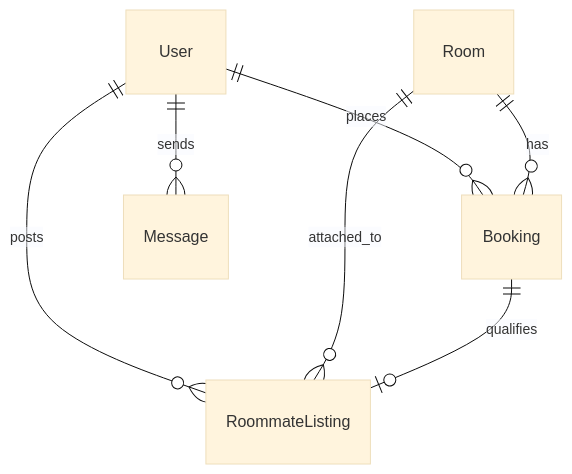
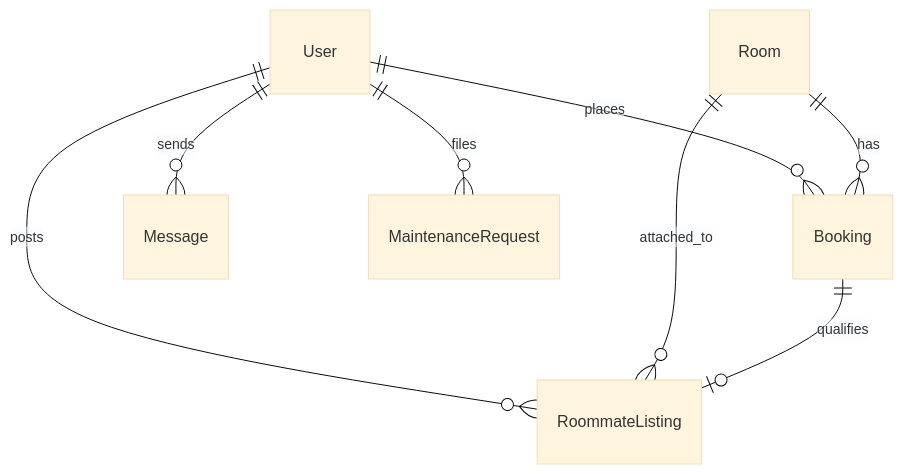
The first of 2 diagrams in README.md (adwaitumredkar1818/Homely), drawn with Mermaid (base theme) before and after one commit. The commit also changed other lines of this file, not shown here.

Commit message:
docs: improve README documentation with diagrams, env setup, and troubleshooting guide

````diff
--- a/README.md
+++ b/README.md
@@ -48,9 +49,10 @@
 ```mermaid
 erDiagram
     User ||--o{ Booking : places
     User ||--o{ RoommateListing : posts
     User ||--o{ Message : sends
+    User ||--o{ MaintenanceRequest : files
     Room ||--o{ Booking : has
     Room ||--o{ RoommateListing : attached_to
     Booking ||--o| RoommateListing : qualifies
 ```
````
